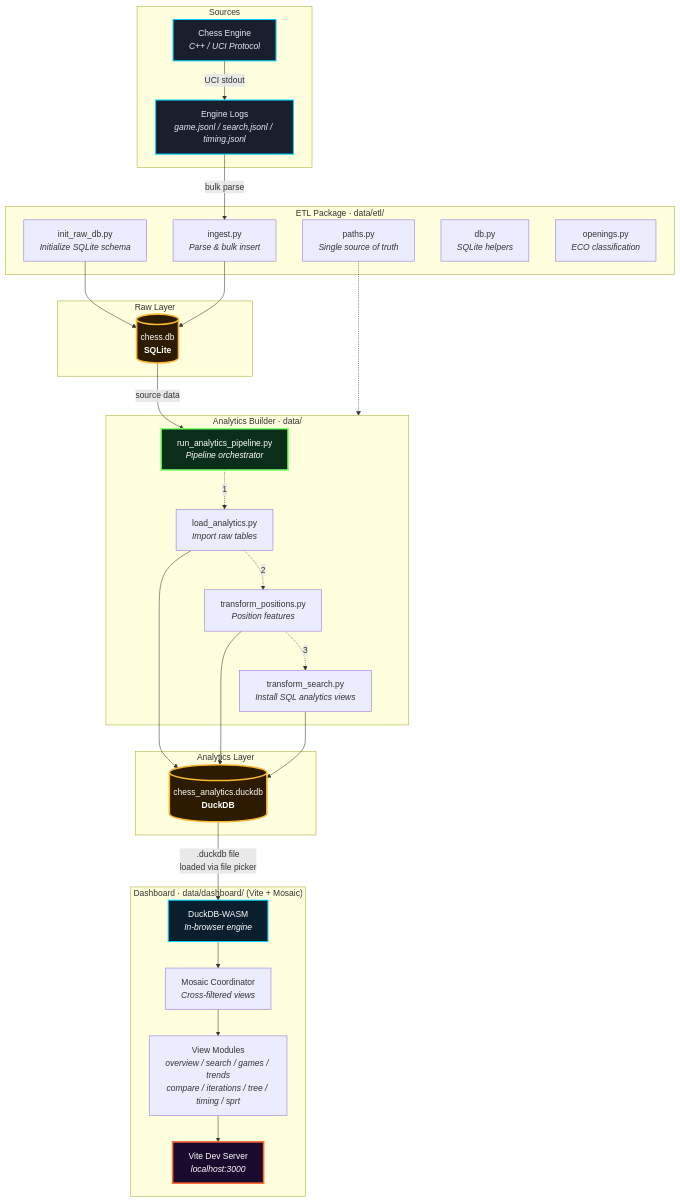
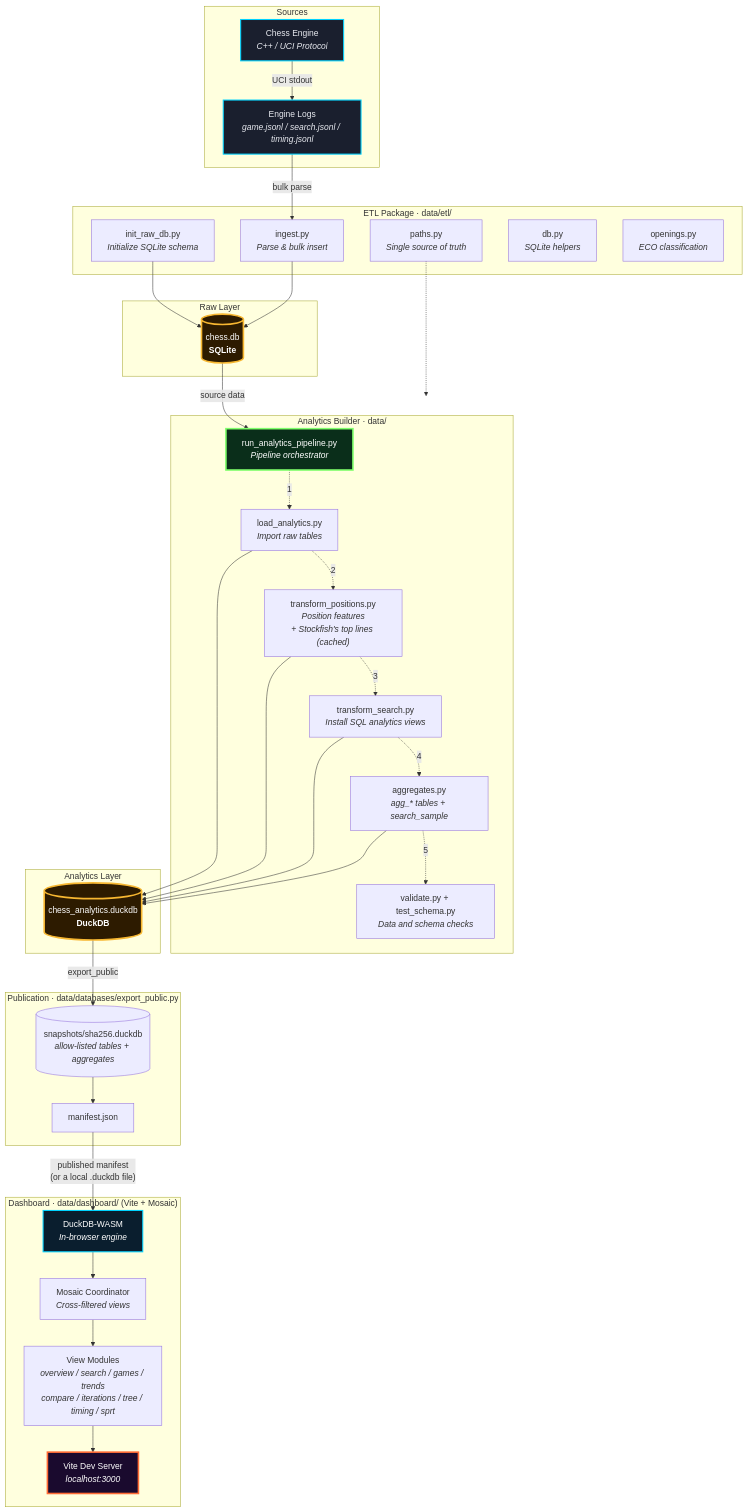
The diagram in docs/pipeline.md (maxolek/san-jacinto), drawn with Mermaid before and after one commit. The commit also changed other lines of this file and 106 other files, not shown here.

````diff
--- a/docs/pipeline.md
+++ b/docs/pipeline.md
@@ -1,69 +1,81 @@
 ```mermaid
 graph TD
     subgraph Sources["Sources"]
         ENG["Chess Engine<br/><i>C++ / UCI Protocol</i>"]
         LOGS["Engine Logs<br/><i>game.jsonl / search.jsonl / timing.jsonl</i>"]
     end
 
     subgraph ETL["ETL Package · data/etl/"]
         RAW["init_raw_db.py<br/><i>Initialize SQLite schema</i>"]
         ING["ingest.py<br/><i>Parse & bulk insert</i>"]
         PATHS["paths.py<br/><i>Single source of truth</i>"]
         DB["db.py<br/><i>SQLite helpers</i>"]
         OPEN["openings.py<br/><i>ECO classification</i>"]
     end
 
     subgraph Raw["Raw Layer"]
         SQLITE[("chess.db<br/><b>SQLite</b>")]
     end
 
     subgraph Builder["Analytics Builder · data/"]
         RUN["run_analytics_pipeline.py<br/><i>Pipeline orchestrator</i>"]
 
         LOAD["load_analytics.py<br/><i>Import raw tables</i>"]
-        TP["transform_positions.py<br/><i>Position features</i>"]
+        TP["transform_positions.py<br/><i>Position features<br/>+ Stockfish's top lines (cached)</i>"]
         TS["transform_search.py<br/><i>Install SQL analytics views</i>"]
+        AGG["aggregates.py<br/><i>agg_* tables + search_sample</i>"]
+        CHK["validate.py + test_schema.py<br/><i>Data and schema checks</i>"]
 
         RUN -.->|"1"| LOAD
         LOAD -.->|"2"| TP
         TP -.->|"3"| TS
+        TS -.->|"4"| AGG
+        AGG -.->|"5"| CHK
     end
 
     subgraph Analytics["Analytics Layer"]
         DUCK[("chess_analytics.duckdb<br/><b>DuckDB</b>")]
+    end
+
+    subgraph Publish["Publication · data/databases/export_public.py"]
+        SNAP[("snapshots/sha256.duckdb<br/><i>allow-listed tables + aggregates</i>")]
+        MAN["manifest.json"]
     end
 
     subgraph Dashboard["Dashboard · data/dashboard/ (Vite + Mosaic)"]
         DKWASM["DuckDB-WASM<br/><i>In-browser engine</i>"]
         MOSAIC["Mosaic Coordinator<br/><i>Cross-filtered views</i>"]
         VIEWS["View Modules<br/><i>overview / search / games / trends<br/>compare / iterations / tree / timing / sprt</i>"]
         APP["Vite Dev Server<br/><i>localhost:3000</i>"]
     end
 
     ENG -->|"UCI stdout"| LOGS
     LOGS -->|"bulk parse"| ING
     RAW --> SQLITE
     ING --> SQLITE
 
     SQLITE -->|"source data"| RUN
 
     LOAD --> DUCK
     TP --> DUCK
     TS --> DUCK
+    AGG --> DUCK
 
-    DUCK -->|".duckdb file<br/>loaded via file picker"| DKWASM
+    DUCK -->|"export_public"| SNAP
+    SNAP --> MAN
+    MAN -->|"published manifest<br/>(or a local .duckdb file)"| DKWASM
     DKWASM --> MOSAIC
     MOSAIC --> VIEWS
     VIEWS --> APP
 
     PATHS -.-> Builder
 
     style ENG fill:#1a1f2e,stroke:#00d2ff,stroke-width:2px,color:#e8eaf0
     style LOGS fill:#1a1f2e,stroke:#00d2ff,stroke-width:2px,color:#e8eaf0
     style SQLITE fill:#2d1b00,stroke:#f7b731,stroke-width:3px,color:#fff
     style DUCK fill:#2d1b00,stroke:#f7b731,stroke-width:3px,color:#fff
     style DKWASM fill:#0a1e2e,stroke:#00d2ff,stroke-width:2px,color:#fff
     style APP fill:#1a0a2e,stroke:#ff6b35,stroke-width:3px,color:#fff
     style RUN fill:#0a2e1a,stroke:#7fff6b,stroke-width:3px,color:#fff
 
 ```
````
